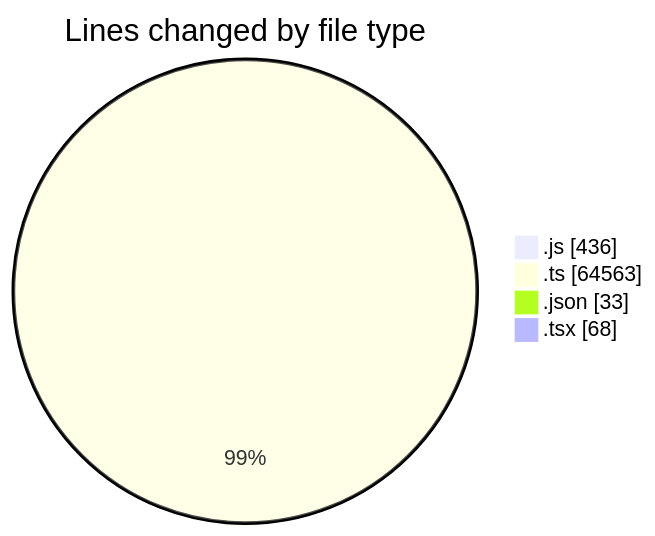
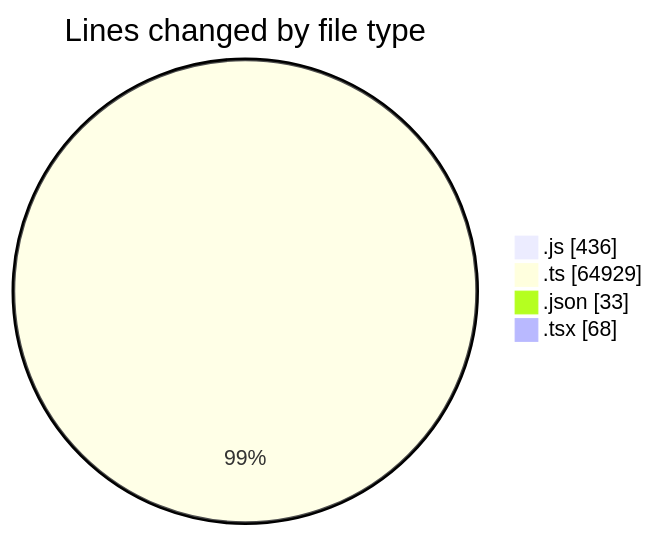
The first of 2 diagrams in 2026-07-27/cda/README.md (momahboobian/code-tracking), drawn with Mermaid before and after one commit. The commit also changed other lines of this file and 1 other file, not shown here.

````diff
--- a/2026-07-27/cda/README.md
+++ b/2026-07-27/cda/README.md
@@ -33,8 +33,8 @@
 ```mermaid
 pie showData
 title Lines changed by file type
 ".js" : 436
-".ts" : 64563
+".ts" : 64929
 ".json" : 33
 ".tsx" : 68
 ```
````
